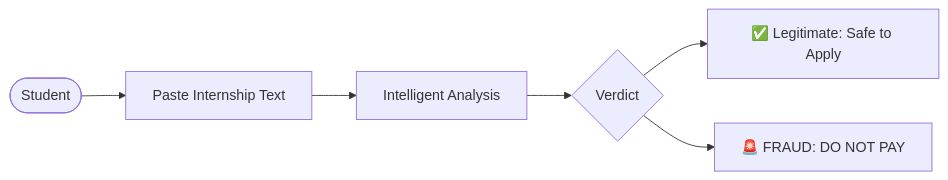
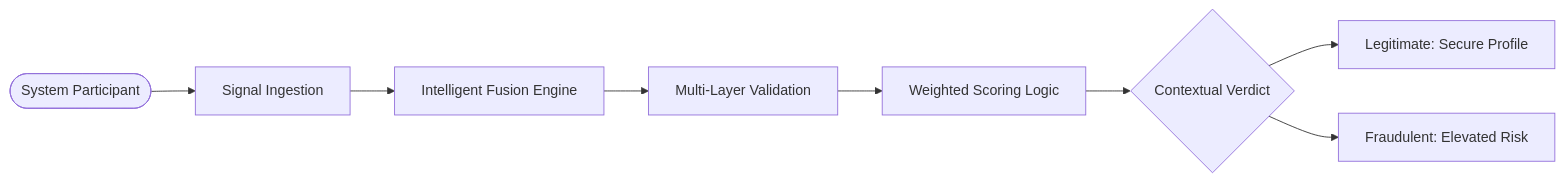
The first of 3 diagrams in Readme.md (ManoShruthiS/VeriIntern-AI), drawn with Mermaid before and after one commit. The commit also changed other lines of this file, not shown here.

````diff
--- a/Readme.md
+++ b/Readme.md
@@ -22,8 +13,10 @@
 ```mermaid
 graph LR
-    User([Student]) --> Input[Paste Internship Text]
-    Input --> Analysis[Intelligent Analysis]
-    Analysis --> Verdict{Verdict}
-    Verdict --> Legit[✅ Legitimate: Safe to Apply]
-    Verdict --> Fraud[🚨 FRAUD: DO NOT PAY]
+    User([System Participant]) --> Submission[Signal Ingestion]
+    Submission --> Engine[Intelligent Fusion Engine]
+    Engine --> Verification[Multi-Layer Validation]
+    Verification --> Logic[Weighted Scoring Logic]
+    Logic --> Verdict{Contextual Verdict}
+    Verdict --> Legit[Legitimate: Secure Profile]
+    Verdict --> Fraud[Fraudulent: Elevated Risk]
 ```
````
